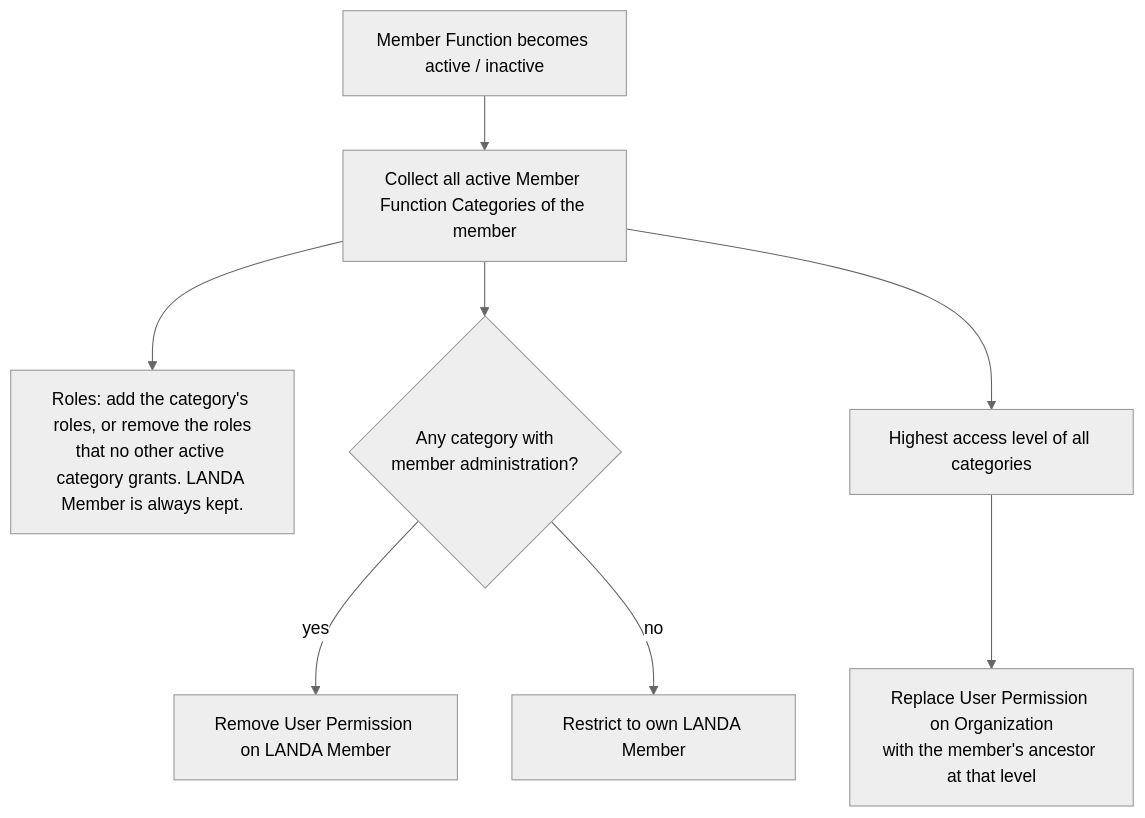
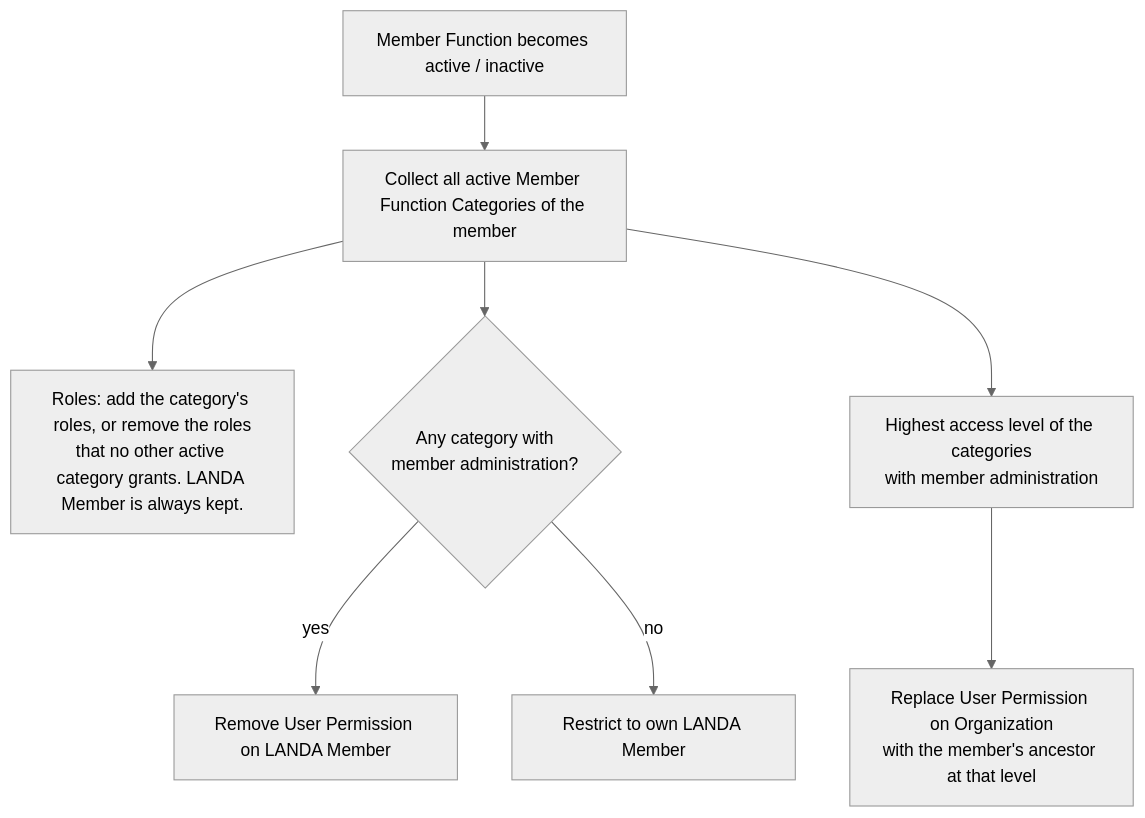
One commit to alyf-de/landa changed the second of 2 diagrams in docs/permissions.md. Above: the diagram before and after it, drawn with Mermaid (neutral theme). The commit also changed other lines of this file and 6 other files, not shown here.

First line of the commit message:
fix(Member Function Category): apply access level only with member administration (LAN-923) (#361)

````diff
--- a/docs/permissions.md
+++ b/docs/permissions.md
@@ -43,10 +50,10 @@
 ```mermaid
 flowchart TD
     A[Member Function becomes active / inactive] --> B[Collect all active Member Function Categories of the member]
     B --> C[Roles: add the category's roles, or remove the roles<br/>that no other active category grants. LANDA Member is always kept.]
     B --> D{Any category with<br/>member administration?}
     D -- yes --> E[Remove User Permission on LANDA Member]
     D -- no --> F[Restrict to own LANDA Member]
-    B --> G[Highest access level of all categories]
+    B --> G[Highest access level of the categories<br/>with member administration]
     G --> H[Replace User Permission on Organization<br/>with the member's ancestor at that level]
 ```
````
